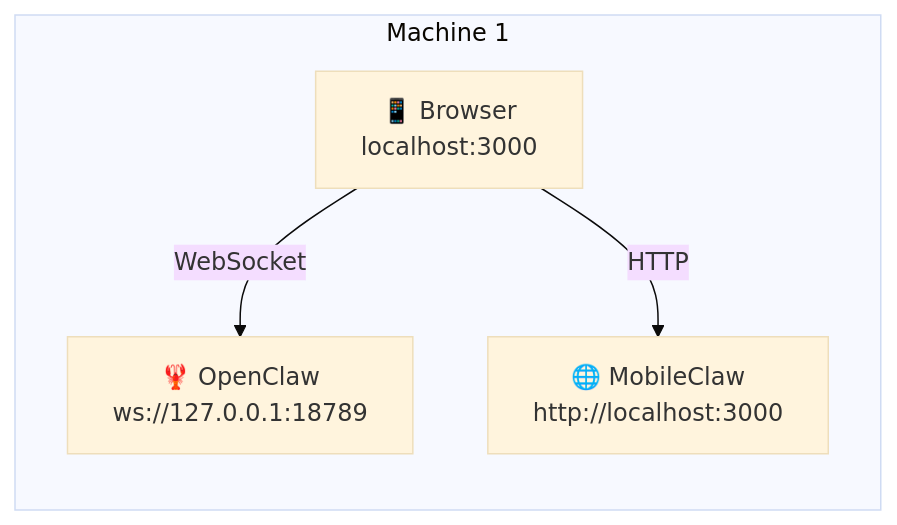
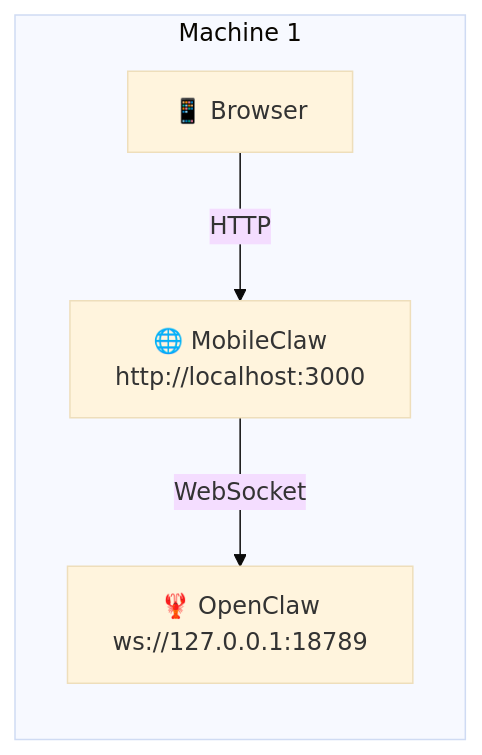
The first of 4 diagrams in SETUP_SKILL.md (wende/mobileclaw), drawn with Mermaid (base theme) before and after one commit. The commit also changed other lines of this file, not shown here.

Commit message:
Fix mermaid diagrams: use <br/> for line breaks, Browser→MobileClaw→OpenClaw

````diff
--- a/SETUP_SKILL.md
+++ b/SETUP_SKILL.md
@@ -30,10 +30,10 @@
 ```mermaid
 graph LR
     subgraph Machine 1
-        OC[🦞 OpenClaw\nws://127.0.0.1:18789]
-        MC[🌐 MobileClaw\nhttp://localhost:3000]
-        B[📱 Browser\nlocalhost:3000]
+        OC["🦞 OpenClaw<br/>ws://127.0.0.1:18789"]
+        MC["🌐 MobileClaw<br/>http://localhost:3000"]
+        B["📱 Browser"]
     end
     B -- HTTP --> MC
-    B -- WebSocket --> OC
+    MC -- WebSocket --> OC
 ```
````
